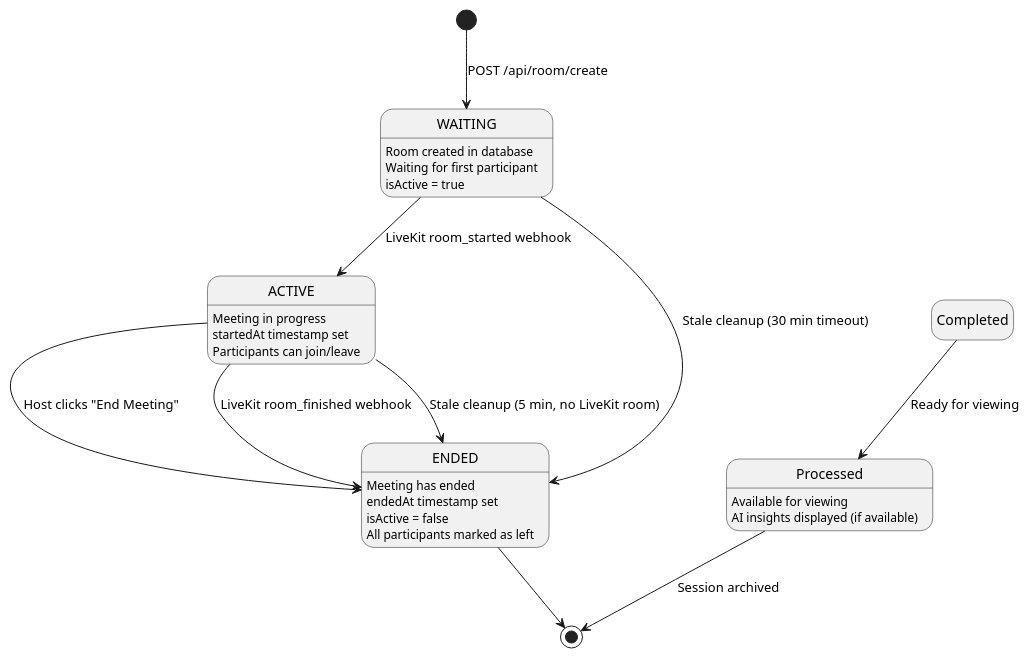
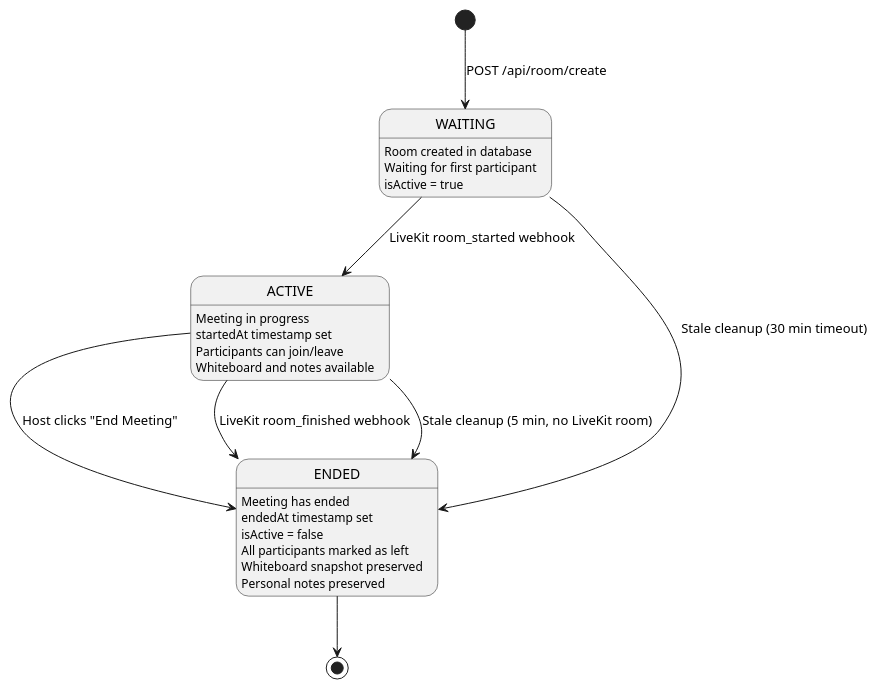
Before and after one commit to pho-veteran/stoom: diagram 15 of 19 in stoom-app/reports.md, drawn with PlantUML. The commit also changed other lines of this file and 44 other files, not shown here.

````diff
--- a/stoom-app/reports.md
+++ b/stoom-app/reports.md
@@ -963,39 +1091,35 @@
 ```plantuml
 @startuml
 skinparam monochrome true
 skinparam shadowing false
 hide empty description
 
 [*] --> WAITING : POST /api/room/create
 
 WAITING : Room created in database
 WAITING : Waiting for first participant
 WAITING : isActive = true
 
 WAITING --> ACTIVE : LiveKit room_started webhook
 WAITING --> ENDED : Stale cleanup (30 min timeout)
 
 ACTIVE : Meeting in progress
 ACTIVE : startedAt timestamp set
 ACTIVE : Participants can join/leave
+ACTIVE : Whiteboard and notes available
 
 ACTIVE --> ENDED : Host clicks "End Meeting"
 ACTIVE --> ENDED : LiveKit room_finished webhook
 ACTIVE --> ENDED : Stale cleanup (5 min, no LiveKit room)
 
 ENDED : Meeting has ended
 ENDED : endedAt timestamp set
 ENDED : isActive = false
 ENDED : All participants marked as left
+ENDED : Whiteboard snapshot preserved
+ENDED : Personal notes preserved
 
 ENDED --> [*]
 
-Completed --> Processed : Ready for viewing
-
-Processed : Available for viewing
-Processed : AI insights displayed (if available)
-
-Processed --> [*] : Session archived
-
 @enduml
 ```
````
